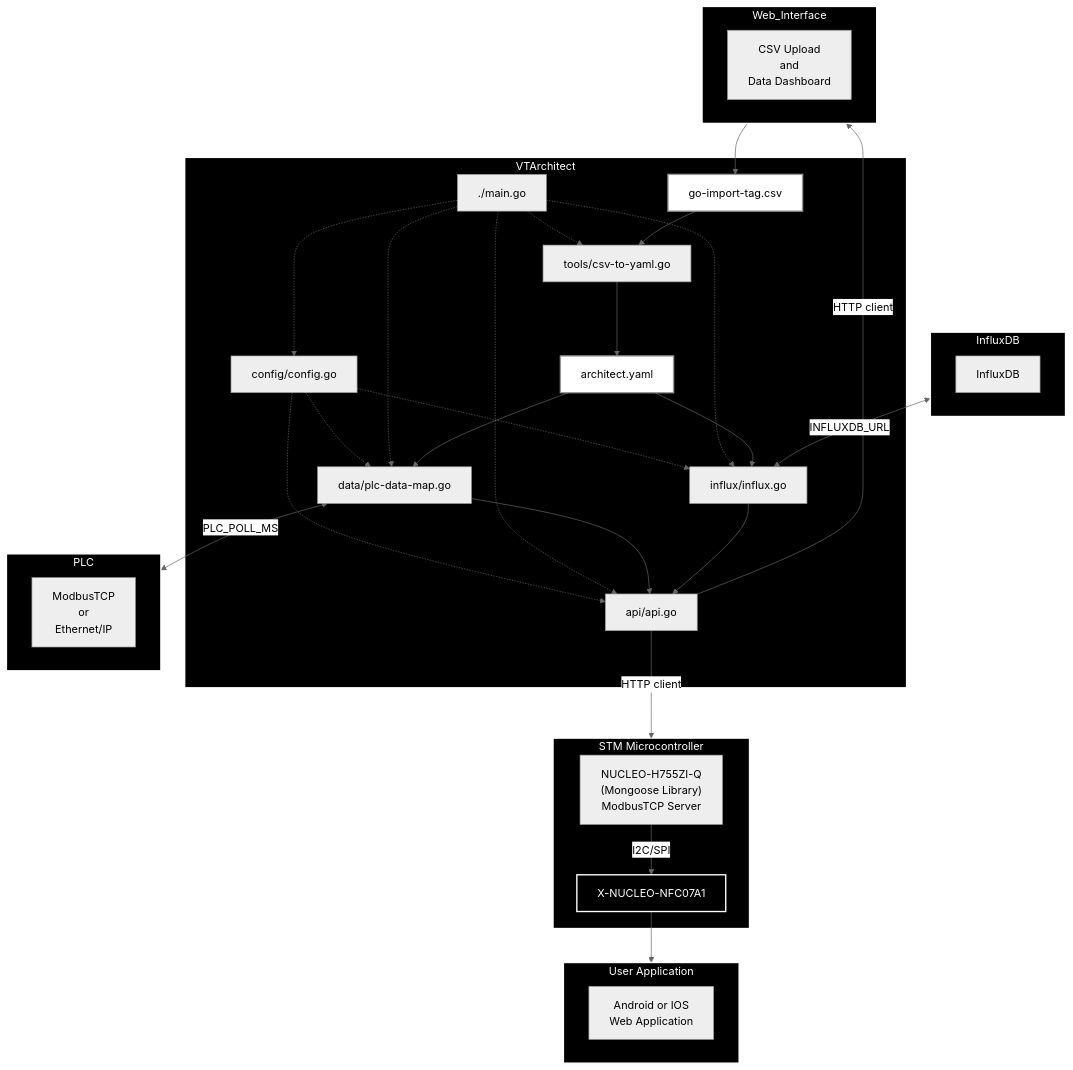
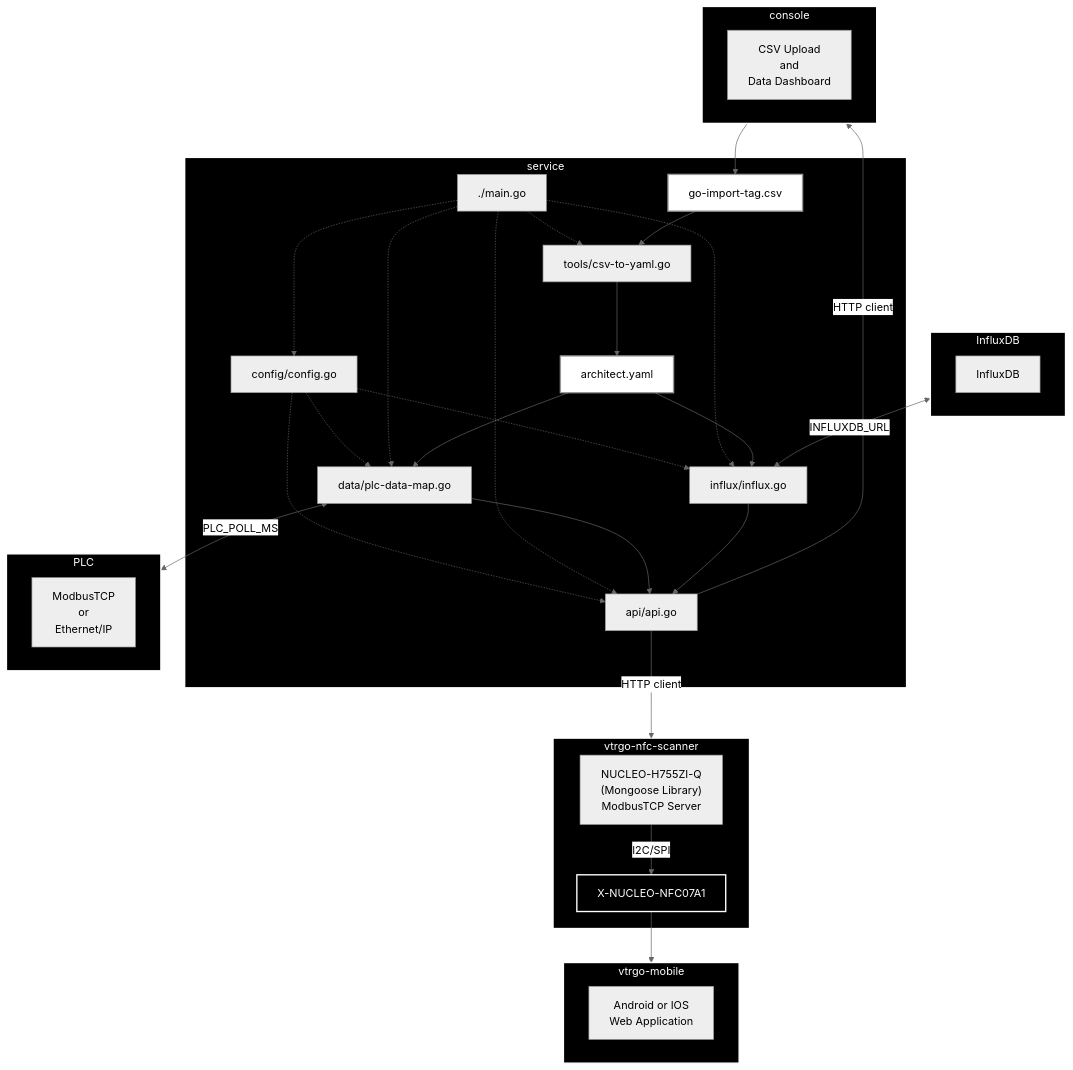
Before and after one commit to vtrgo/vtrgo-data-dashboard: the diagram in MERMAID.md, drawn with Mermaid (neutral theme). The commit also changed 1 other file, not shown here.

````diff
--- a/MERMAID.md
+++ b/MERMAID.md
@@ -1,66 +1,66 @@
 ```mermaid
 flowchart TD
-    subgraph Architect["VTArchitect"]
+    subgraph Architect["service"]
         main_go["./main.go"]
         api["api/api.go"]
         data["data/plc-data-map.go"]
         influx["influx/influx.go"]
         tools["tools/csv-to-yaml.go"]
         config["config/config.go"]
         architect_yaml["architect.yaml"]
         go_import_tags_csv["go-import-tag.csv"]
     end
 
     subgraph PLC
         plc_conn["ModbusTCP <br> or <br> Ethernet/IP"]
     end
 
     subgraph InfluxDB
         influxdb["InfluxDB"]
     end
 
-    subgraph Web_Interface
+    subgraph Web_Interface["console"]
         web_config["CSV Upload <br> and <br> Data Dashboard"]
     end
 
-    subgraph Microcontroller["STM Microcontroller"]
+    subgraph Microcontroller["vtrgo-nfc-scanner"]
         microcontroller["NUCLEO-H755ZI-Q <br> (Mongoose Library) <br> ModbusTCP Server"]
         NFC["X-NUCLEO-NFC07A1"]
     end
 
-    subgraph User["User Application"]
+    subgraph User["vtrgo-mobile"]
         android["Android or IOS <br>Web Application"]
     end
 
     config -.-> influx
     config -.-> data
     config -.-> api
     main_go -.-> config
     main_go -.-> tools
     main_go -.-> influx
     main_go -.-> api
     main_go -.-> data
     data --> api
     data <-- "PLC_POLL_MS" --> PLC
     api -- "HTTP client" --> Microcontroller
     api -- "HTTP client" --> Web_Interface
     influx --> api
     tools --> architect_yaml
     architect_yaml --> data
     architect_yaml --> influx
     microcontroller -- "I2C/SPI" --> NFC
     InfluxDB <-- "INFLUXDB_URL" --> influx
     NFC --> User
     Web_Interface --> go_import_tags_csv
     go_import_tags_csv --> tools
 
     style Architect fill:#000,stroke:#fff,color:#fff,stroke-width:2px
     style PLC fill:#000,stroke:#fff,color:#fff,stroke-width:2px
     style Web_Interface fill:#000,stroke:#fff,color:#fff,stroke-width:2px
     style InfluxDB fill:#000,stroke:#fff,color:#fff,stroke-width:2px
     style Microcontroller fill:#000,stroke:#fff,color:#fff,stroke-width:2px
     style NFC fill:#000,stroke:#fff,color:#fff,stroke-width:2px
     style User fill:#000,stroke:#fff,color:#fff,stroke-width:2px
     style architect_yaml fill:#fff, color:#000,stroke-width:2px
     style go_import_tags_csv fill:#fff, color:#000,stroke-width:2px
 ```
````
